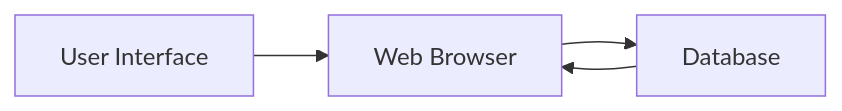
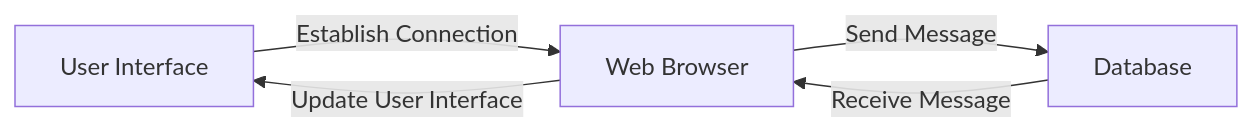
Before and after one commit to xXCrash2BomberXx/TinyChat: the third of 5 diagrams in 4+1.md, drawn with Mermaid.

````diff
--- a/4+1.md
+++ b/4+1.md
@@ -78,6 +78,7 @@
 ```mermaid
 graph LR
-  A["User Interface"] --> B["Web Browser"];
-  B --> C["Database"];
-  C --> B;
+  A[User Interface] --> |Establish Connection| B[Web Browser];
+  B --> |Update User Interface| A
+  B --> |Send Message| C[Database];
+  C --> |Receive Message| B;
 ```
````
